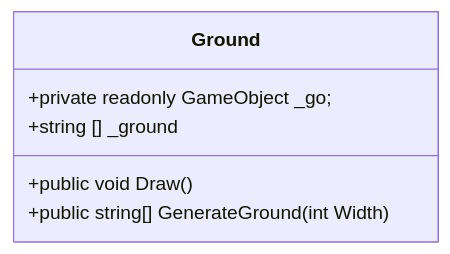
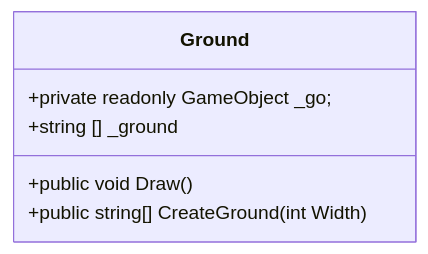
One commit to NexusWeave/MVP-FlappyBird-cs changed the sixth of 7 diagrams in dokumentasjon/diagram/klasse-diagram.md. Above: the diagram before and after it, drawn with Mermaid. The commit also changed other lines of this file, not shown here.

Commit message:
Refactor method names in Ground and Pipe classes for consistency

````diff
--- a/dokumentasjon/diagram/klasse-diagram.md
+++ b/dokumentasjon/diagram/klasse-diagram.md
@@ -88,12 +88,12 @@
 ```mermaid
     classDiagram
         direction TD
         class Ground {
             +private readonly GameObject _go;
 
             +string [] _ground
     
             +public void Draw()
-            +public string[] GenerateGround(int Width)
+            +public string[] CreateGround(int Width)
         }
 ```
````
